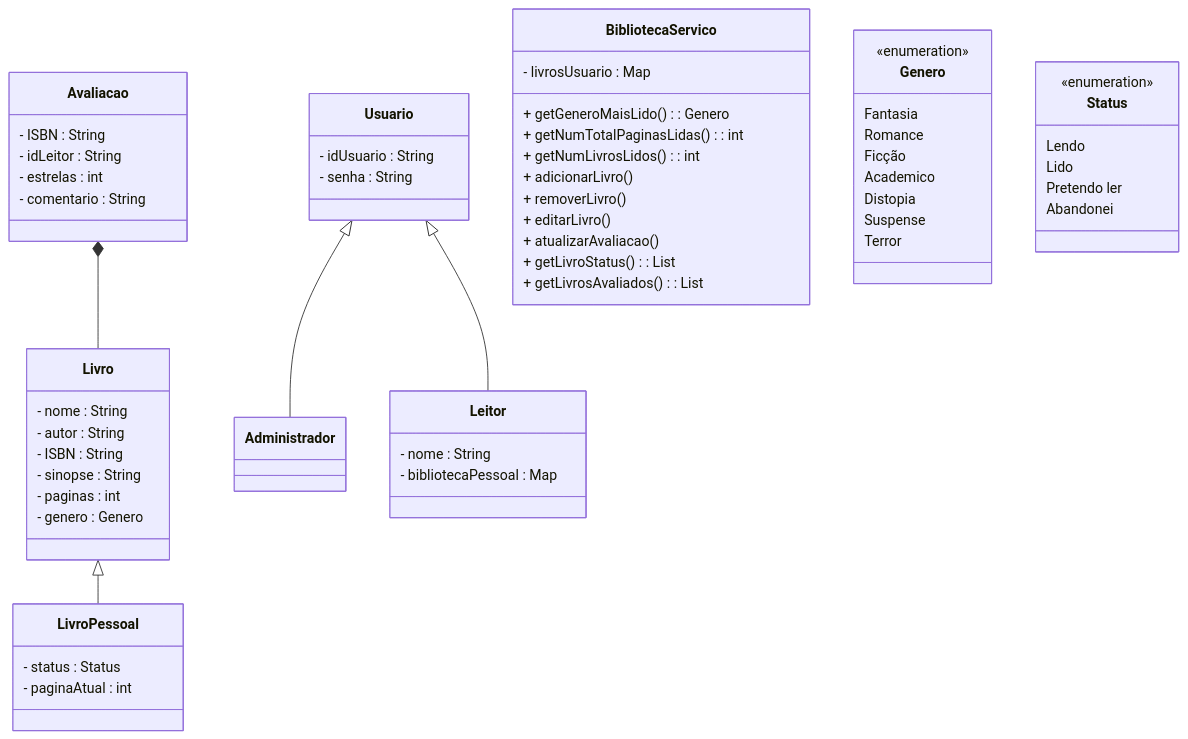
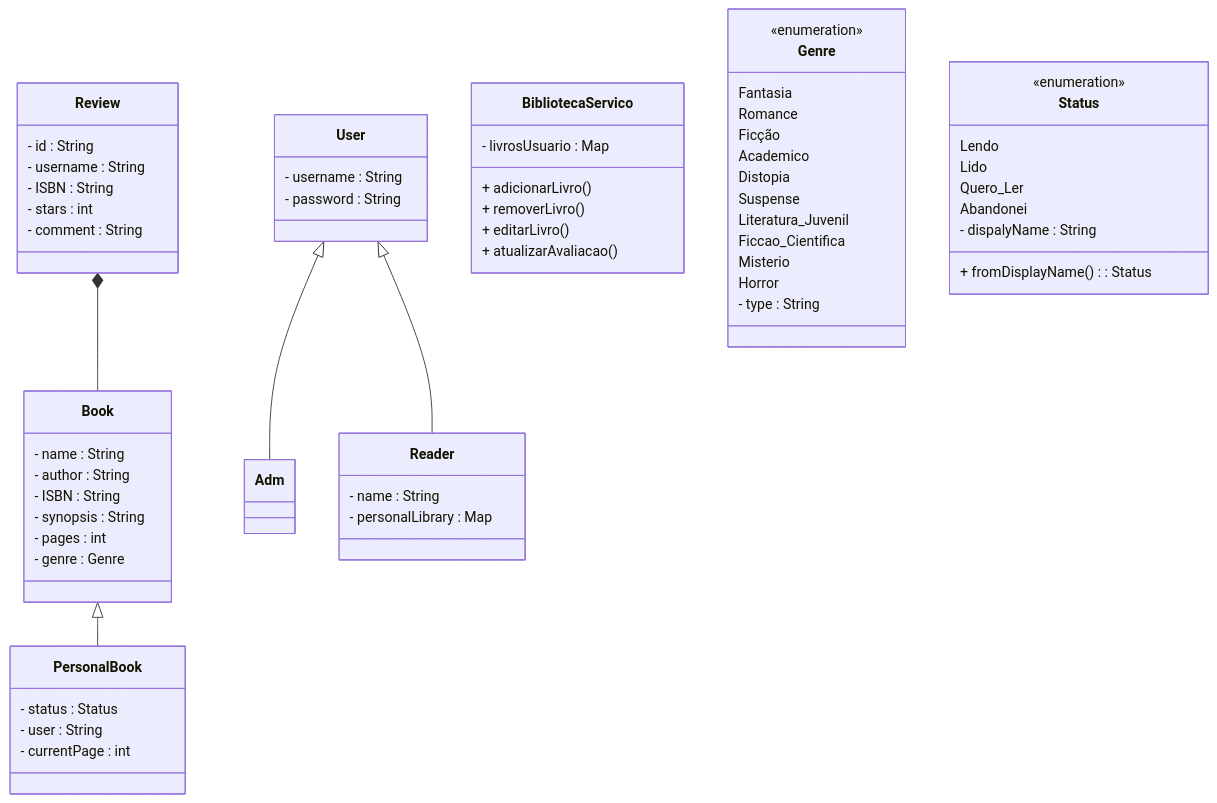
One commit to martins-joaopedro/DCC025-TrabalhoFinal changed the diagram in README.md. Above: the diagram before and after it, drawn with Mermaid.

````diff
--- a/README.md
+++ b/README.md
@@ -4,74 +4,79 @@
 ``` mermaid
 classDiagram 
 
-Livro <|-- LivroPessoal
-Avaliacao *-- Livro
-Usuario <|-- Administrador
-Usuario <|-- Leitor
+Book <|-- PersonalBook
+Review *-- Book
+User <|-- Adm
+User <|-- Reader
 
-class Livro {
-    - nome : String
-    - autor : String
+class Book {
+    - name : String
+    - author : String
     - ISBN : String 
-    - sinopse : String 
-    - paginas : int 
-    - genero : Genero 
+    - synopsis : String 
+    - pages : int 
+    - genre : Genre
 }
 
-class LivroPessoal {
+class PersonalBook {
     - status : Status
-    - paginaAtual : int
+    - user : String
+    - currentPage : int
 }
 
-class Avaliacao {
+class Review {
+    - id : String
+    - username : String
     - ISBN : String
-    - idLeitor : String 
-    - estrelas : int
-    - comentario : String
+    - stars : int
+    - comment : String
 }
 
-class Leitor {
-    - nome : String
-    - bibliotecaPessoal : Map<String, Livro> 
+class Reader {
+    - name : String
+    - personalLibrary : Map<String, Book> 
 }
 
-class Usuario {
-    - idUsuario : String
-    - senha : String
+class User {
+    - username : String
+    - password : String
 }
 
 class BibliotecaServico {
     - livrosUsuario : Map<String, LivroUsuario> 
     
-    + getGeneroMaisLido() : Genero
-    + getNumTotalPaginasLidas() : int  
-    + getNumLivrosLidos() : int
     + adicionarLivro()
     + removerLivro()
     + editarLivro()
-    + atualizarAvaliacao()
-    + getLivroStatus() : List<LivroUsuario>
-    + getLivrosAvaliados() : List<LivroUsuario>
+    + atualizarAvaliacao()   
 }
 
-class Genero {
+class Genre {
     <<enumeration>>
     Fantasia
     Romance
     Ficção
     Academico
     Distopia
     Suspense
-    Terror
+    Literatura_Juvenil
+    Ficcao_Cientifica
+    Misterio
+    Horror
+    - type : String
 }
 
 class Status {
     <<enumeration>>
     Lendo
     Lido
-    Pretendo ler
+    Quero_Ler
     Abandonei
+    - dispalyName : String
+
+    + fromDisplayName() : Status
+    
+    
+    
 }
-
-class Administrador
 ```
````
